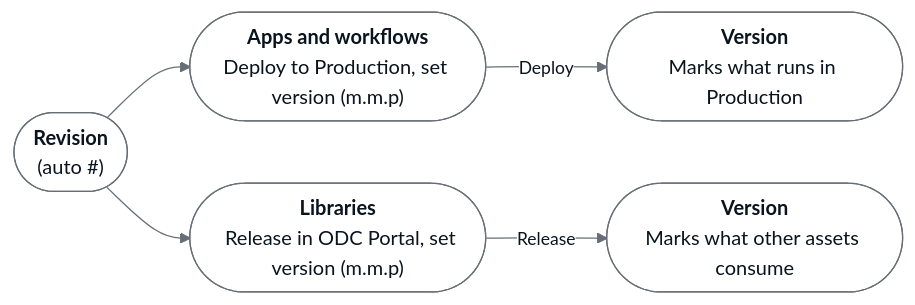
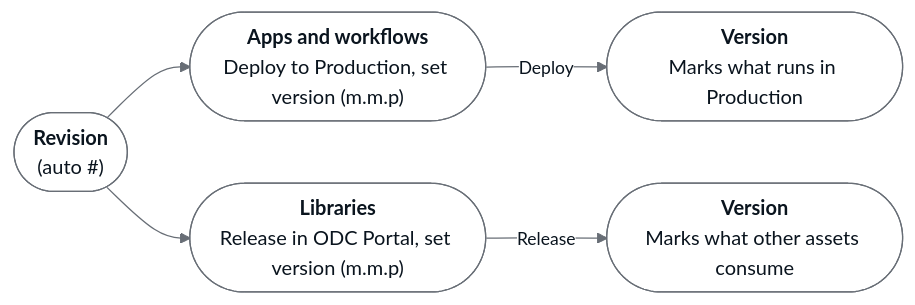
One commit to OutSystems/docs-odc changed the diagram in src/eap/building-apps/publishing/revisions.md. Above: the diagram before and after it, drawn with Mermaid.

Commit message:
TK-21424 Fix unsupported HTML in revisions and versions diagram (#3486)

````diff
--- a/src/eap/building-apps/publishing/revisions.md
+++ b/src/eap/building-apps/publishing/revisions.md
@@ -93,18 +93,23 @@
 ```mermaid
 %%{init: {"theme": "base", "themeVariables": {"primaryColor": "#FFFFFF","primaryTextColor": "#0A141E","primaryBorderColor": "#686E76","lineColor": "#686E76","secondaryColor": "#FFFFFF","clusterBkg": "#F5F6FA","clusterBorder": "#686E76"}, "flowchart": {"subGraphTitleMargin": {"top": 16, "bottom": 16}}}}%%
 flowchart LR
     classDef start   fill:#FFFFFF,stroke:#00802D,color:#0A141E
     classDef stop    fill:#FFFFFF,stroke:#F22800,color:#0A141E
     classDef process fill:#FFFFFF,stroke:#686E76,color:#0A141E
 
-    REV(["`**Revision**<br/>(auto #)`"]):::process
-    APPSWF(["`**Apps and workflows**<br/>Deploy to Production, set version (m.m.p)`"]):::process
-    LIBS(["`**Libraries**<br/>  Release in ODC Portal, set version (m.m.p)`"]):::process
-    VDEPLOY(["`**Version**<br/>Marks what runs in Production`"]):::process
-    VRELEASE(["`**Version**<br/>Marks what other assets consume`"]):::process
+    REV(["`**Revision**
+    (auto #)`"]):::process
+    APPSWF(["`**Apps and workflows**
+    Deploy to Production, set version (m.m.p)`"]):::process
+    LIBS(["`**Libraries**
+    Release in ODC Portal, set version (m.m.p)`"]):::process
+    VDEPLOY(["`**Version**
+    Marks what runs in Production`"]):::process
+    VRELEASE(["`**Version**
+    Marks what other assets consume`"]):::process
 
     REV --> APPSWF
     REV --> LIBS
     APPSWF -->|"<span style='font-size:14px'>Deploy</span>"| VDEPLOY
     LIBS -->|"<span style='font-size:14px'>Release</span>"| VRELEASE
 ```
````
